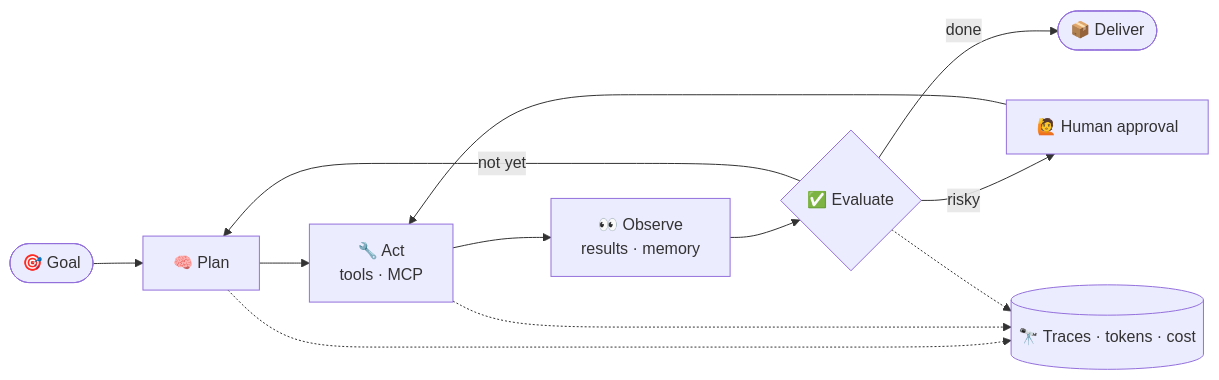
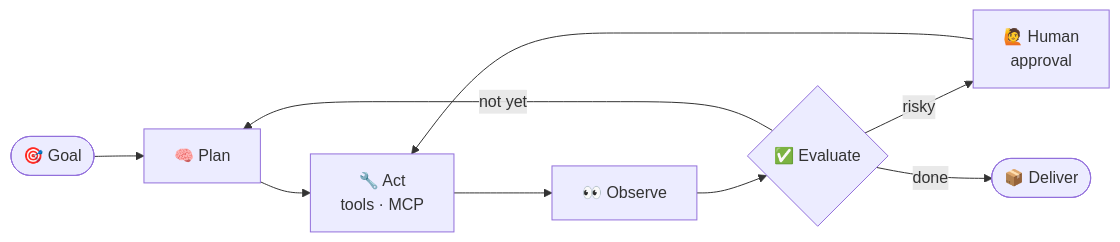
The diagram in README.md (brainupgrade-in/brainupgrade-in), drawn with Mermaid before and after one commit.

Commit message:
Simplify agent loop diagram

````diff
--- a/README.md
+++ b/README.md
@@ -174,14 +174,11 @@
 ```mermaid
 flowchart LR
     G([🎯 Goal]) --> P[🧠 Plan]
     P --> A[🔧 Act<br/>tools · MCP]
-    A --> O[👀 Observe<br/>results · memory]
+    A --> O[👀 Observe]
     O --> E{✅ Evaluate}
     E -- not yet --> P
-    E -- risky --> H[🙋 Human approval]
+    E -- risky --> H[🙋 Human<br/>approval]
     H --> A
     E -- done --> D([📦 Deliver])
-    P -.-> T[(🔭 Traces · tokens · cost)]
-    A -.-> T
-    E -.-> T
 ```
````
